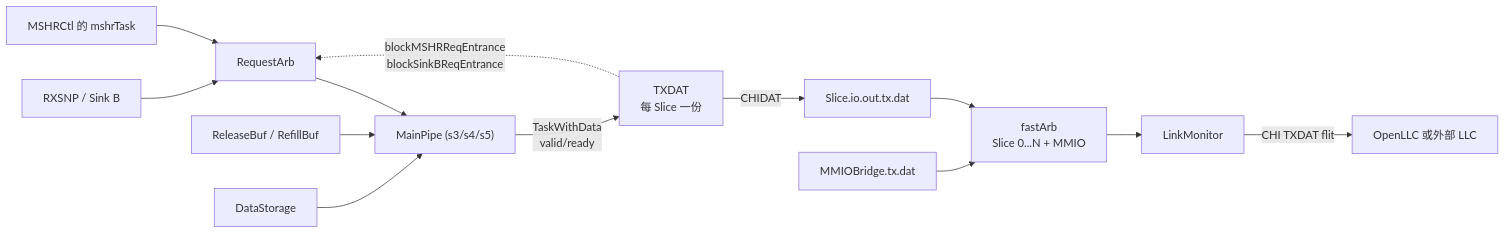
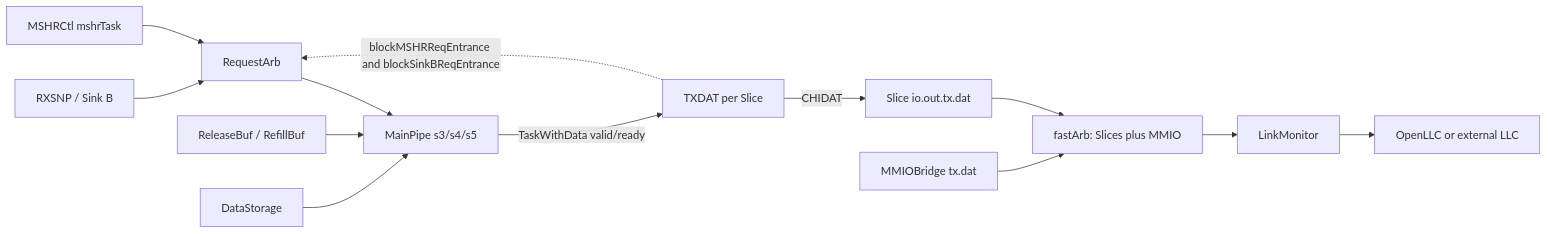
The diagram in xiangshan-course/docs-en/4-xiangshan-microarchitecture-analysis/3-xiangshan-source-code-analysis/cache/Cache-TXDAT.md (OpenXiangShan/XiangShanLab), drawn with Mermaid before and after one commit. The commit also changed other lines of this file and 176 other files, not shown here.

````diff
--- a/xiangshan-course/docs-en/4-xiangshan-microarchitecture-analysis/3-xiangshan-source-code-analysis/cache/Cache-TXDAT.md
+++ b/xiangshan-course/docs-en/4-xiangshan-microarchitecture-analysis/3-xiangshan-source-code-analysis/cache/Cache-TXDAT.md
@@ -62,15 +542,15 @@
-~~~mermaid
+```mermaid
 flowchart LR
-  B["RXSNP / Sink B"] --> RA["RequestArb"]
-  M["MSHRCtl 的 mshrTask"] --> RA
-  RA --> MP["MainPipe (s3/s4/s5)"]
-  RB["ReleaseBuf / RefillBuf"] --> MP
-  DS["DataStorage"] --> MP
-  MP -->|"TaskWithData<br/>valid/ready"| TD["TXDAT<br/>每 Slice 一份"]
-  TD -. "blockMSHRReqEntrance<br/>blockSinkBReqEntrance" .-> RA
-  TD -->|"CHIDAT"| SO["Slice.io.out.tx.dat"]
-  SO --> FA["fastArb<br/>Slice 0...N + MMIO"]
-  MM["MMIOBridge.tx.dat"] --> FA
-  FA --> LM["LinkMonitor"]
-  LM -->|"CHI TXDAT flit"| HN["OpenLLC 或外部 LLC"]
-~~~
+  B[RXSNP / Sink B] --> RA[RequestArb]
+  M[MSHRCtl mshrTask] --> RA
+  RA --> MP[MainPipe s3/s4/s5]
+  RB[ReleaseBuf / RefillBuf] --> MP
+  DS[DataStorage] --> MP
+  MP -->|TaskWithData valid/ready| TD[TXDAT per Slice]
+  TD -. blockMSHRReqEntrance and blockSinkBReqEntrance .-> RA
+  TD -->|CHIDAT| SO[Slice io.out.tx.dat]
+  SO --> FA[fastArb: Slices plus MMIO]
+  MM[MMIOBridge tx.dat] --> FA
+  FA --> LM[LinkMonitor]
+  LM --> HN[OpenLLC or external LLC]
+```
````
